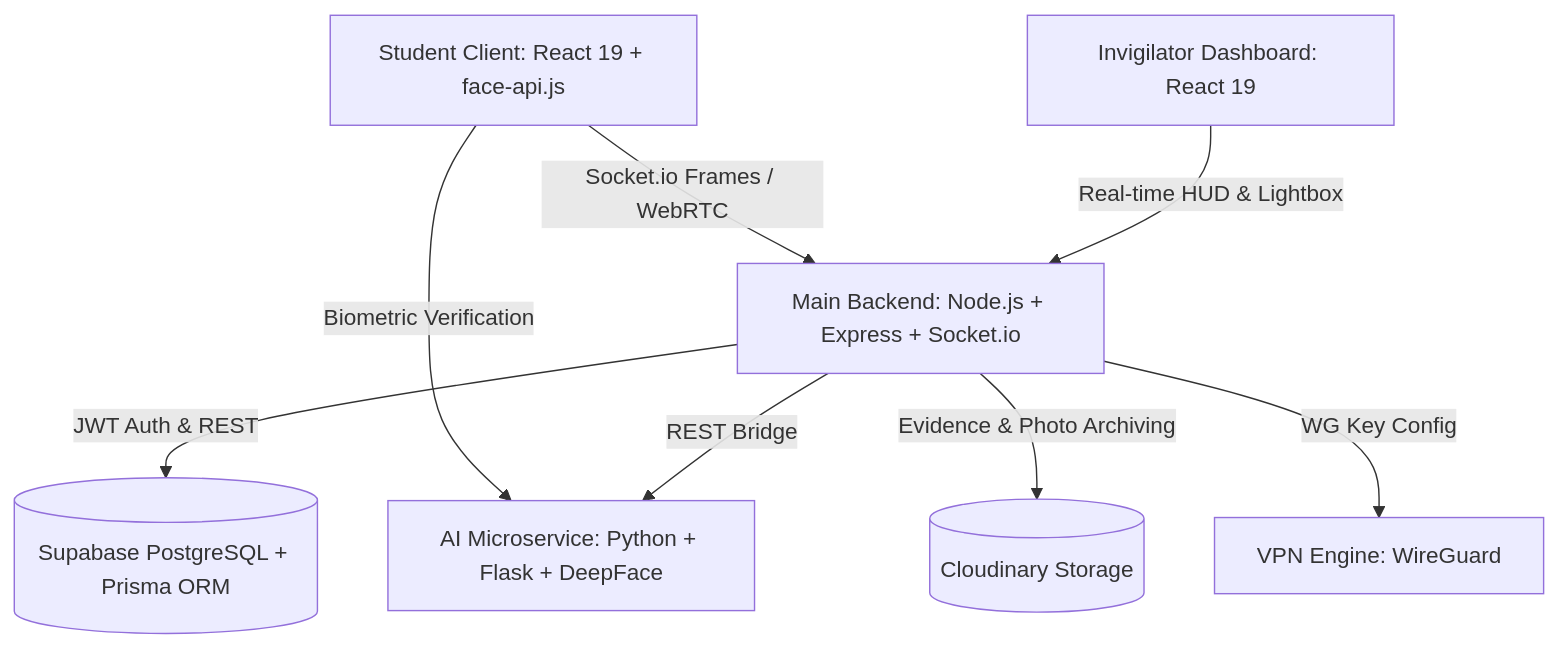
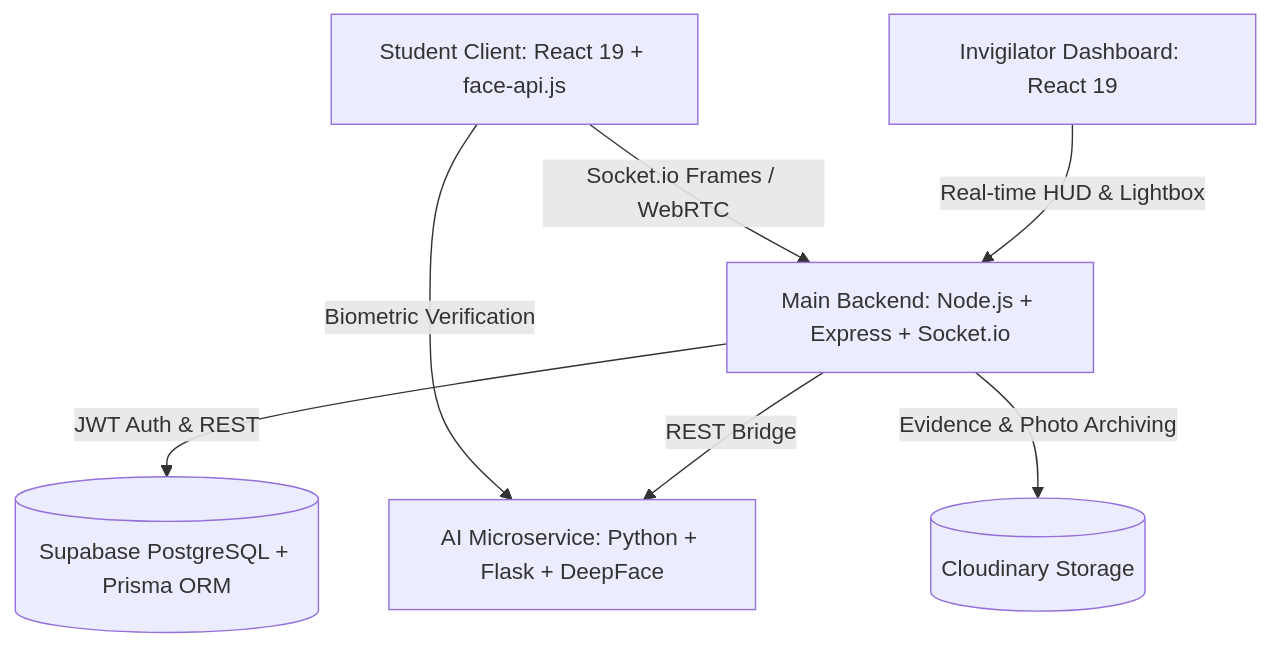
One commit to SudeepKagi/online-exam-proctoring changed the diagram in README.md. Above: the diagram before and after it, drawn with Mermaid. The commit also changed other lines of this file and 37 other files, not shown here.

Commit message:
feat: clean up legacy VPN/YOLO components, enhance proctoring services, and update architecture documentation

````diff
--- a/README.md
+++ b/README.md
@@ -18,24 +21,22 @@
 ```mermaid
 graph TD
     %% Clients
     Student[Student Client: React 19 + face-api.js]
     Invigilator[Invigilator Dashboard: React 19]
     
     %% API Gateways & Servers
     NodeServer[Main Backend: Node.js + Express + Socket.io]
     AIService[AI Microservice: Python + Flask + DeepFace]
-    VPN[VPN Engine: WireGuard]
     
     %% Storage
     DB[(Supabase PostgreSQL + Prisma ORM)]
     Cloudinary[(Cloudinary Storage)]
     
     %% Flow Connections
     Student -- Socket.io Frames / WebRTC --> NodeServer
     Student -- Biometric Verification --> AIService
     Invigilator -- Real-time HUD & Lightbox --> NodeServer
     NodeServer -- JWT Auth & REST --> DB
     NodeServer -- REST Bridge --> AIService
     NodeServer -- Evidence & Photo Archiving --> Cloudinary
-    NodeServer -- WG Key Config --> VPN
 ```
````
